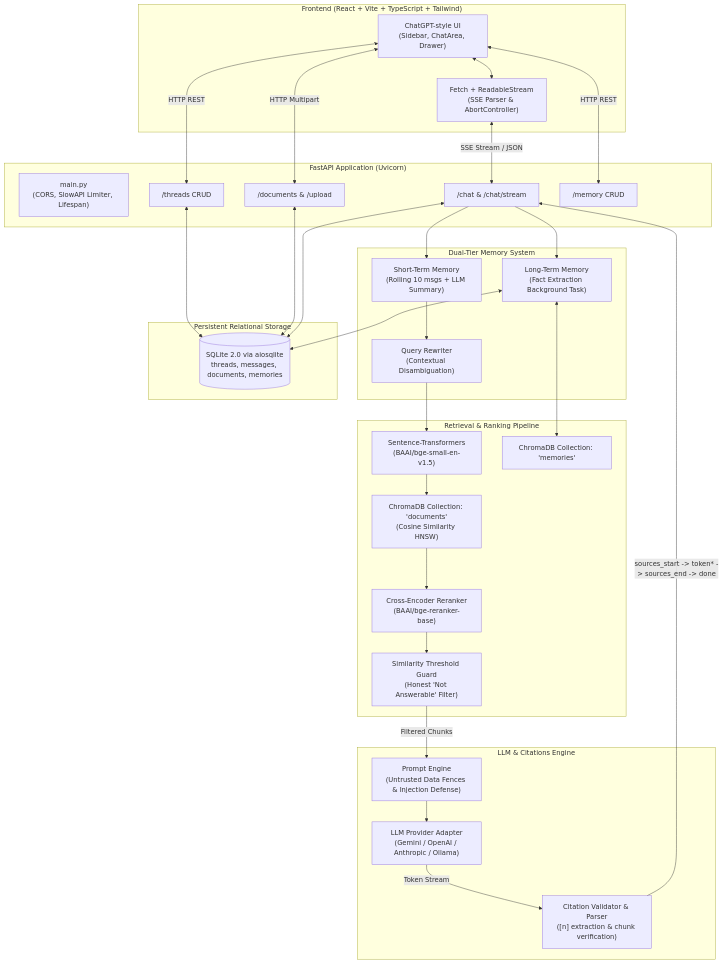
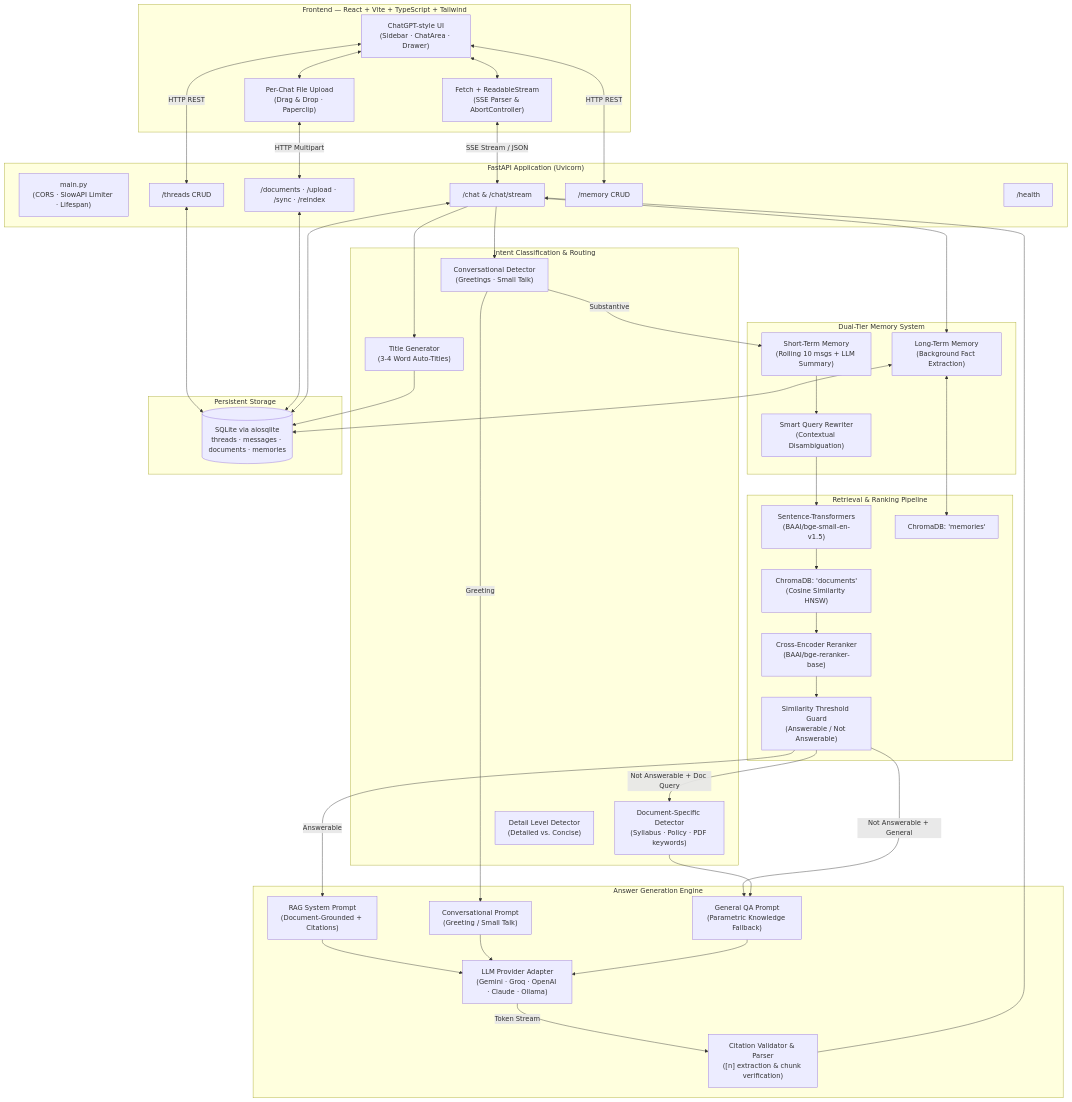
Before and after one commit to AbhijeetParaswar/rag-chatbot: the diagram in README.md, drawn with Mermaid. The commit also changed other lines of this file and 33 other files, not shown here.

Commit message:
add linear streaming feature and 3 type based answer , update Retrieval metrics

````diff
--- a/README.md
+++ b/README.md
@@ -9,63 +28,85 @@
 ```mermaid
 flowchart TD
-    subgraph Client["Frontend (React + Vite + TypeScript + Tailwind)"]
-        UI["ChatGPT-style UI\n(Sidebar, ChatArea, Drawer)"]
+    subgraph Client["Frontend — React + Vite + TypeScript + Tailwind"]
+        UI["ChatGPT-style UI\n(Sidebar · ChatArea · Drawer)"]
+        FileUpload["Per-Chat File Upload\n(Drag & Drop · Paperclip)"]
         StreamConsumer["Fetch + ReadableStream\n(SSE Parser & AbortController)"]
         UI <--> StreamConsumer
+        UI <--> FileUpload
     end
 
     subgraph API["FastAPI Application (Uvicorn)"]
-        Main["main.py\n(CORS, SlowAPI Limiter, Lifespan)"]
+        Main["main.py\n(CORS · SlowAPI Limiter · Lifespan)"]
         ChatRouter["/chat & /chat/stream"]
         ThreadRouter["/threads CRUD"]
-        DocRouter["/documents & /upload"]
+        DocRouter["/documents · /upload · /sync · /reindex"]
         MemRouter["/memory CRUD"]
+        HealthRouter["/health"]
+    end
+
+    subgraph IntentLayer["Intent Classification & Routing"]
+        ConvDetect["Conversational Detector\n(Greetings · Small Talk)"]
+        DocSpecific["Document-Specific Detector\n(Syllabus · Policy · PDF keywords)"]
+        DetailDetect["Detail Level Detector\n(Detailed vs. Concise)"]
+        TitleGen["Title Generator\n(3-4 Word Auto-Titles)"]
     end
 
     subgraph MemoryLayer["Dual-Tier Memory System"]
         STM["Short-Term Memory\n(Rolling 10 msgs + LLM Summary)"]
-        QueryRewriter["Query Rewriter\n(Contextual Disambiguation)"]
-        LTM["Long-Term Memory\n(Fact Extraction Background Task)"]
+        QueryRewriter["Smart Query Rewriter\n(Contextual Disambiguation)"]
+        LTM["Long-Term Memory\n(Background Fact Extraction)"]
     end
 
     subgraph RetrievalLayer["Retrieval & Ranking Pipeline"]
         Embedder["Sentence-Transformers\n(BAAI/bge-small-en-v1.5)"]
-        ChromaDocs["ChromaDB Collection: 'documents'\n(Cosine Similarity HNSW)"]
-        ChromaMems["ChromaDB Collection: 'memories'"]
+        ChromaDocs["ChromaDB: 'documents'\n(Cosine Similarity HNSW)"]
+        ChromaMems["ChromaDB: 'memories'"]
         Reranker["Cross-Encoder Reranker\n(BAAI/bge-reranker-base)"]
-        ThresholdGuard["Similarity Threshold Guard\n(Honest 'Not Answerable' Filter)"]
+        ThresholdGuard["Similarity Threshold Guard\n(Answerable / Not Answerable)"]
     end
 
-    subgraph LLMLayer["LLM & Citations Engine"]
-        PromptEngine["Prompt Engine\n(Untrusted Data Fences & Injection Defense)"]
-        LLMProvider["LLM Provider Adapter\n(Gemini / OpenAI / Anthropic / Ollama)"]
+    subgraph AnswerLayer["Answer Generation Engine"]
+        RAGPrompt["RAG System Prompt\n(Document-Grounded + Citations)"]
+        ConvPrompt["Conversational Prompt\n(Greeting / Small Talk)"]
+        GeneralQA["General QA Prompt\n(Parametric Knowledge Fallback)"]
+        LLMProvider["LLM Provider Adapter\n(Gemini · Groq · OpenAI · Claude · Ollama)"]
         CitationEngine["Citation Validator & Parser\n([n] extraction & chunk verification)"]
     end
 
-    subgraph Storage["Persistent Relational Storage"]
-        SQLite[("SQLite 2.0 via aiosqlite\nthreads, messages, documents, memories")]
+    subgraph Storage["Persistent Storage"]
+        SQLite[("SQLite via aiosqlite\nthreads · messages · documents · memories")]
     end
 
     StreamConsumer <-->|SSE Stream / JSON| ChatRouter
+    FileUpload <-->|HTTP Multipart| DocRouter
     UI <-->|HTTP REST| ThreadRouter
-    UI <-->|HTTP Multipart| DocRouter
     UI <-->|HTTP REST| MemRouter
 
-    ChatRouter --> STM
+    ChatRouter --> ConvDetect
+    ConvDetect -->|Greeting| ConvPrompt
+    ConvDetect -->|Substantive| STM
     STM --> QueryRewriter
     QueryRewriter --> Embedder
     Embedder --> ChromaDocs
     ChromaDocs --> Reranker
     Reranker --> ThresholdGuard
 
+    ThresholdGuard -->|Answerable| RAGPrompt
+    ThresholdGuard -->|Not Answerable + Doc Query| DocSpecific
+    ThresholdGuard -->|Not Answerable + General| GeneralQA
+    DocSpecific --> GeneralQA
+
+    RAGPrompt --> LLMProvider
+    ConvPrompt --> LLMProvider
+    GeneralQA --> LLMProvider
+    LLMProvider -->|Token Stream| CitationEngine
+    CitationEngine --> ChatRouter
+
     ChatRouter --> LTM
     LTM <--> ChromaMems
     LTM <--> SQLite
-
-    ThresholdGuard -->|Filtered Chunks| PromptEngine
-    PromptEngine --> LLMProvider
-    LLMProvider -->|Token Stream| CitationEngine
-    CitationEngine -->|sources_start -> token* -> sources_end -> done| ChatRouter
+    ChatRouter --> TitleGen
+    TitleGen --> SQLite
 
     ThreadRouter <--> SQLite
     DocRouter <--> SQLite
````
